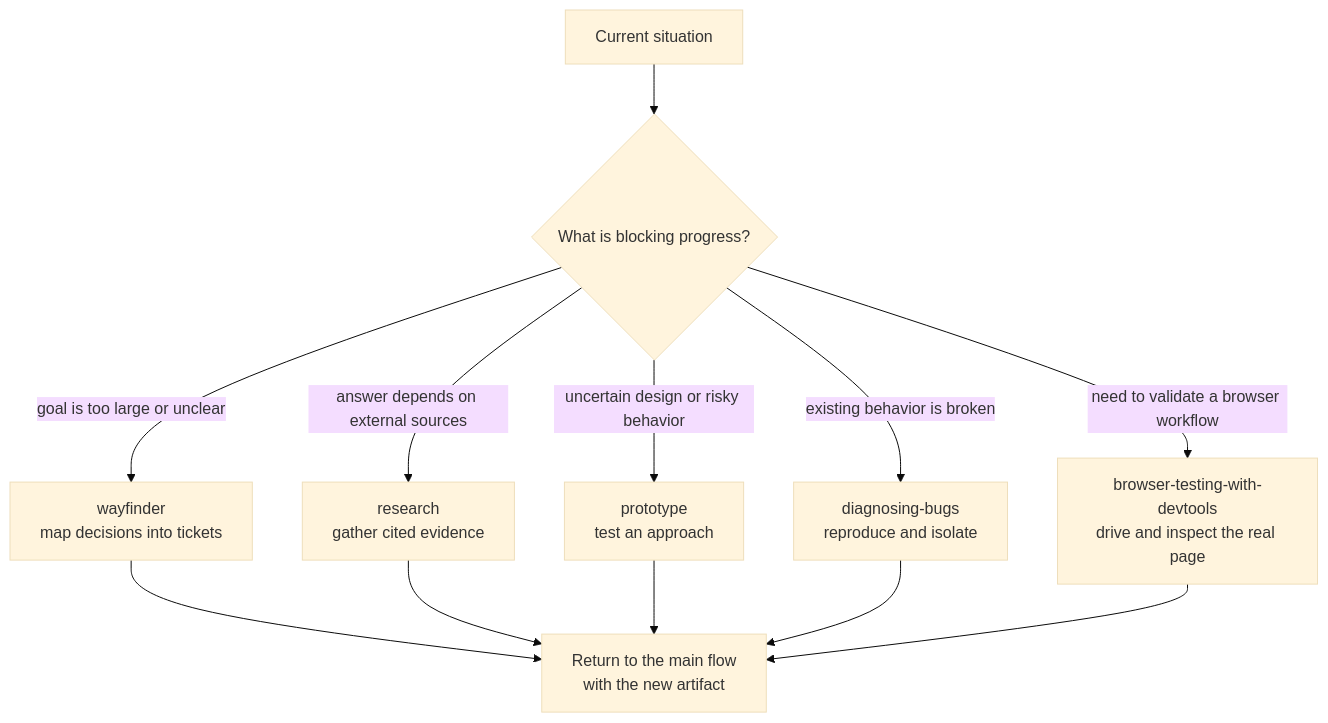
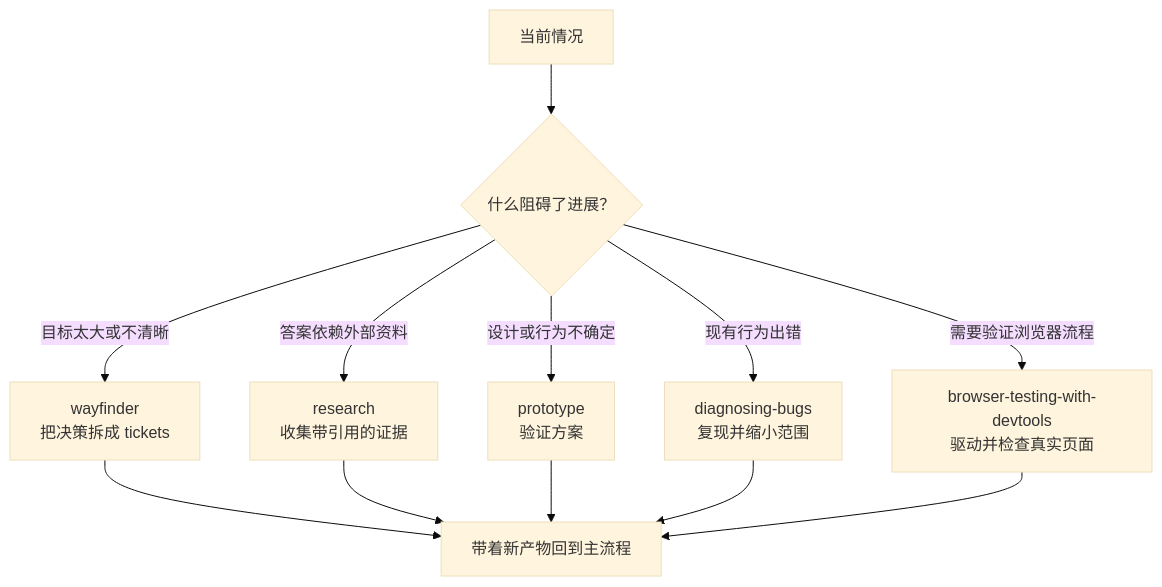
The fourth of 4 diagrams in README.md (carl10086/ys-powers), drawn with Mermaid (base theme) before and after one commit. The commit also changed other lines of this file, not shown here.

````diff
--- a/README.md
+++ b/README.md
@@ -83,14 +79,14 @@
 ```mermaid
 flowchart TD
-    A[Current situation] --> B{What is blocking progress?}
-    B -->|goal is too large or unclear| C[wayfinder<br/>map decisions into tickets]
-    B -->|answer depends on external sources| D[research<br/>gather cited evidence]
-    B -->|uncertain design or risky behavior| E[prototype<br/>test an approach]
-    B -->|existing behavior is broken| F[diagnosing-bugs<br/>reproduce and isolate]
-    B -->|need to validate a browser workflow| G[browser-testing-with-devtools<br/>drive and inspect the real page]
-    C --> H[Return to the main flow<br/>with the new artifact]
+    A[当前情况] --> B{什么阻碍了进展？}
+    B -->|目标太大或不清晰| C[wayfinder<br/>把决策拆成 tickets]
+    B -->|答案依赖外部资料| D[research<br/>收集带引用的证据]
+    B -->|设计或行为不确定| E[prototype<br/>验证方案]
+    B -->|现有行为出错| F[diagnosing-bugs<br/>复现并缩小范围]
+    B -->|需要验证浏览器流程| G[browser-testing-with-devtools<br/>驱动并检查真实页面]
+    C --> H[带着新产物回到主流程]
     D --> H
     E --> H
     F --> H
     G --> H
 ```
````
